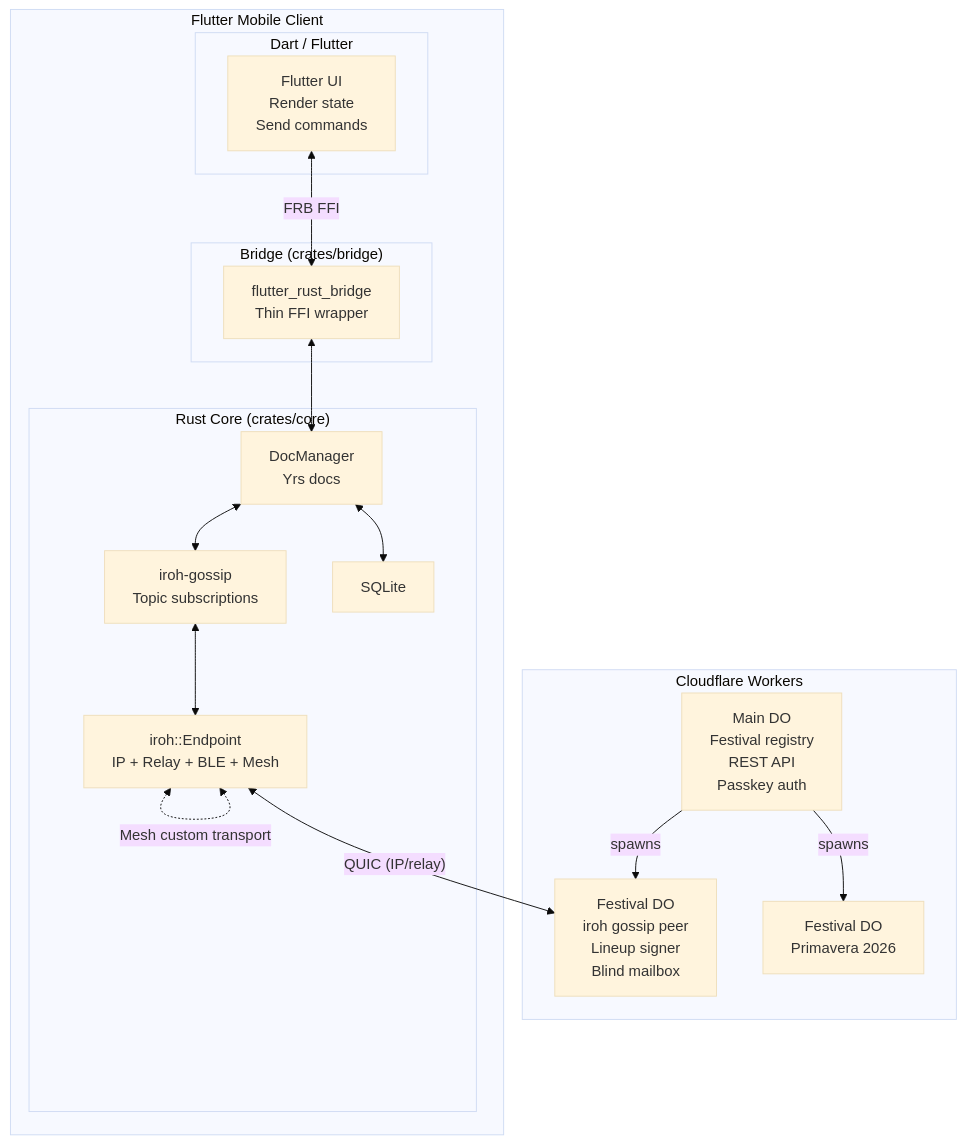
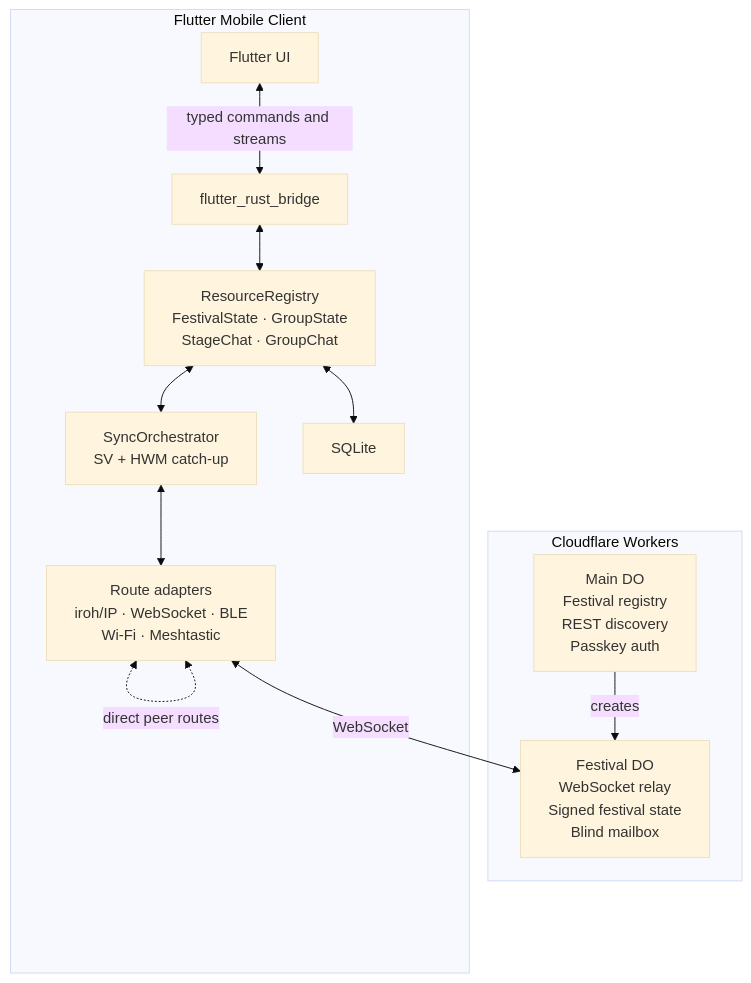
One commit to arlyon/offbeat changed the first of 2 diagrams in docs/prd.md. Above: the diagram before and after it, drawn with Mermaid (base theme). The commit also changed other lines of this file and 81 other files, not shown here.

````diff
--- a/docs/prd.md
+++ b/docs/prd.md
@@ -73,34 +78,25 @@
 ```mermaid
 graph TB
     subgraph "Cloudflare Workers"
-        MainDO["Main DO<br/>Festival registry<br/>REST API<br/>Passkey auth"]
-        FestDO1["Festival DO<br/>iroh gossip peer<br/>Lineup signer<br/>Blind mailbox"]
-        FestDO2["Festival DO<br/>Primavera 2026"]
-        MainDO -->|spawns| FestDO1
-        MainDO -->|spawns| FestDO2
+        MainDO["Main DO<br/>Festival registry<br/>REST discovery<br/>Passkey auth"]
+        FestDO["Festival DO<br/>WebSocket relay<br/>Signed festival state<br/>Blind mailbox"]
+        MainDO -->|creates| FestDO
     end
 
     subgraph "Flutter Mobile Client"
-        subgraph "Dart / Flutter"
-            UI["Flutter UI<br/>Render state<br/>Send commands"]
-        end
-        subgraph "Rust Core (crates/core)"
-            DM["DocManager<br/>Yrs docs"]
-            IROH["iroh::Endpoint<br/>IP + Relay + BLE + Mesh"]
-            GOSSIP["iroh-gossip<br/>Topic subscriptions"]
-            DB["SQLite"]
-        end
-        subgraph "Bridge (crates/bridge)"
-            FRB["flutter_rust_bridge<br/>Thin FFI wrapper"]
-        end
+        UI["Flutter UI"]
+        FRB["flutter_rust_bridge"]
+        REG["ResourceRegistry<br/>FestivalState · GroupState<br/>StageChat · GroupChat"]
+        SYNC["SyncOrchestrator<br/>SV + HWM catch-up"]
+        ROUTES["Route adapters<br/>iroh/IP · WebSocket · BLE<br/>Wi-Fi · Meshtastic"]
+        DB["SQLite"]
     end
 
-    UI <-->|FRB FFI| FRB
-    FRB <--> DM
-    DM <--> DB
-    DM <--> GOSSIP
-    GOSSIP <--> IROH
-    IROH <-->|"QUIC (IP/relay)"| FestDO1
-    IROH <-.->|"BLE custom transport"| IROH
-    IROH <-.->|"Mesh custom transport"| IROH
+    UI <-->|typed commands and streams| FRB
+    FRB <--> REG
+    REG <--> DB
+    REG <--> SYNC
+    SYNC <--> ROUTES
+    ROUTES <-->|WebSocket| FestDO
+    ROUTES <-.->|direct peer routes| ROUTES
 ```
````
